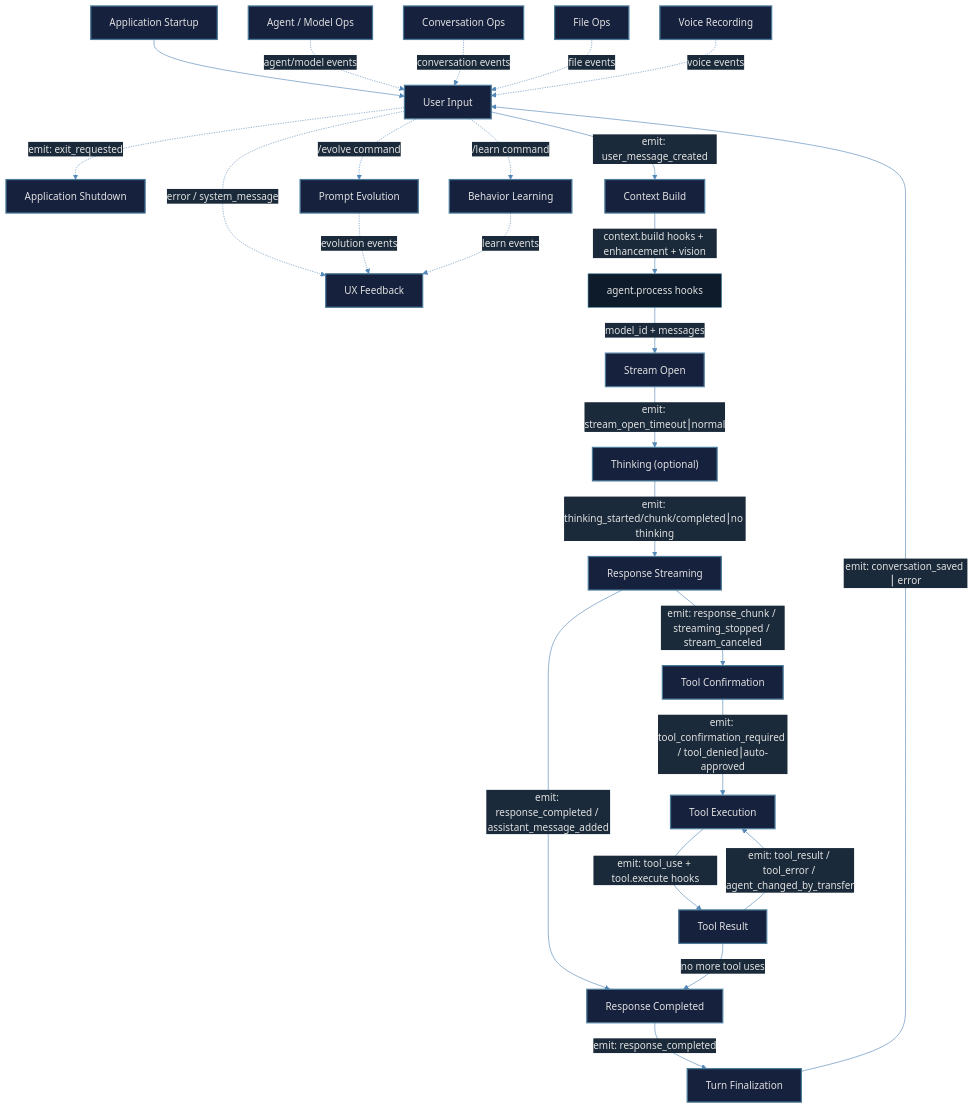
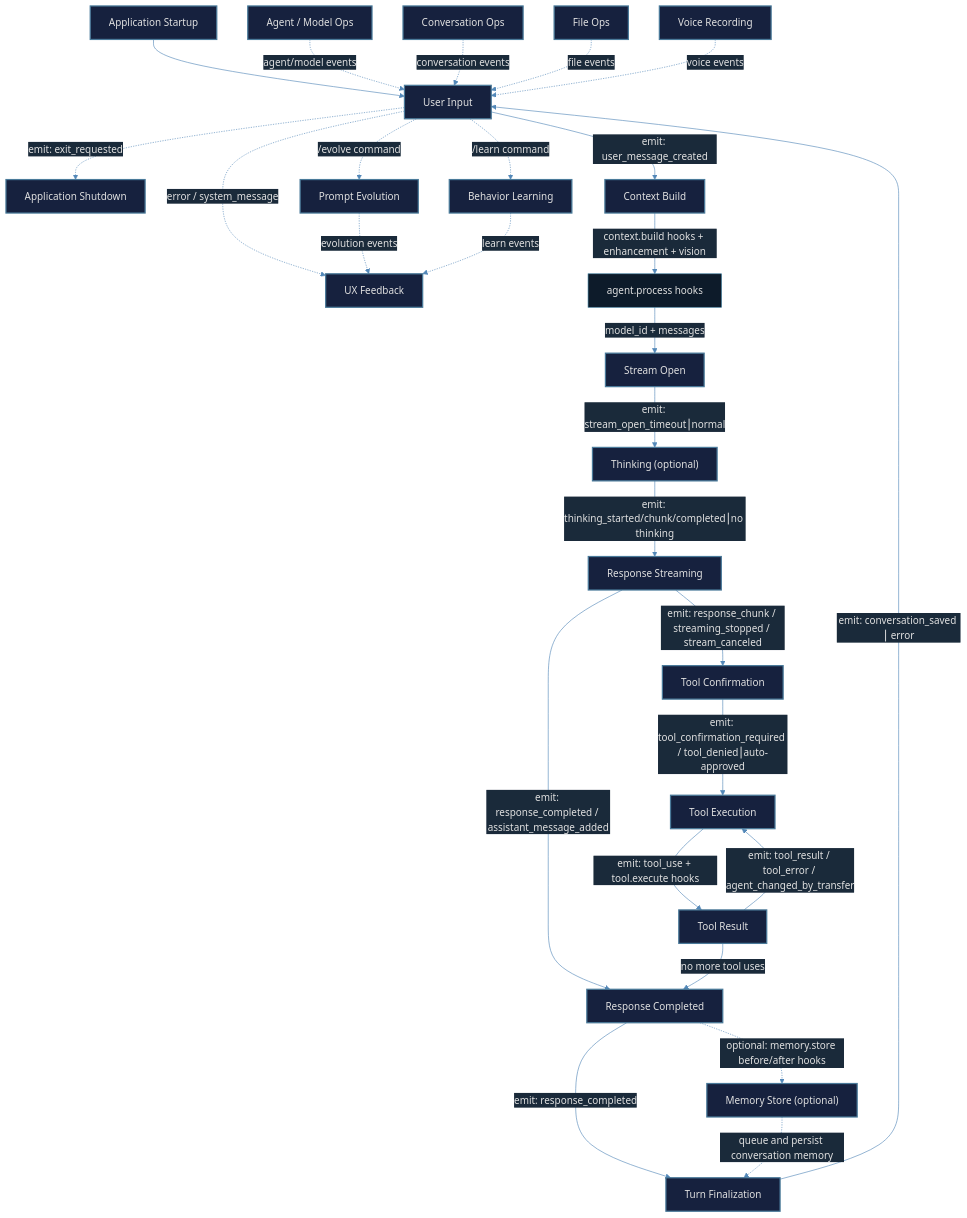
The diagram in GUIDE_WORKFLOWS.md (saigontechnology/AgentCrew), drawn with Mermaid before and after one commit. The commit also changed other lines of this file and 7 other files, not shown here.

Commit message:
feat(hooks): wired memory.store hook point

````diff
--- a/GUIDE_WORKFLOWS.md
+++ b/GUIDE_WORKFLOWS.md
@@ -528,59 +528,62 @@
 ```mermaid
 %%{init: {'theme': 'base', 'themeVariables': {
   'primaryColor': '#0d1b2a',
   'primaryTextColor': '#e0e0e0',
   'lineColor': '#5388b8',
   'primaryBorderColor': '#3a7a9a',
   'secondaryColor': '#1a2a3a',
   'tertiaryColor': '#1a3a2a'
 }}}%%
 
 flowchart TD
     STARTUP["Application Startup"]:::phase
     SHUTDOWN["Application Shutdown"]:::phase
     USER_INPUT["User Input"]:::phase
     CONTEXT_BUILD["Context Build"]:::phase
     STREAM_OPEN["Stream Open"]:::phase
     THINKING["Thinking (optional)"]:::phase
     RESPONSE_STREAM["Response Streaming"]:::phase
     TOOL_CONFIRM["Tool Confirmation"]:::phase
     TOOL_EXEC["Tool Execution"]:::phase
     TOOL_RESULT_PHASE["Tool Result"]:::phase
     RESPONSE_DONE["Response Completed"]:::phase
+    MEMORY_STORE["Memory Store (optional)"]:::phase
     TURN_FINALIZE["Turn Finalization"]:::phase
     AGENT_OPS["Agent / Model Ops"]:::phase
     CONV_OPS["Conversation Ops"]:::phase
     FILE_OPS["File Ops"]:::phase
     EVOLUTION["Prompt Evolution"]:::phase
     LEARNING["Behavior Learning"]:::phase
     VOICE["Voice Recording"]:::phase
     UX_FEEDBACK["UX Feedback"]:::phase
 
     STARTUP --> USER_INPUT
     USER_INPUT -->|"emit: user_message_created"| CONTEXT_BUILD
     CONTEXT_BUILD -->|"context.build hooks + enhancement + vision"| AGENT_PROCESS
     AGENT_PROCESS["agent.process hooks"] -->|"model_id + messages"| STREAM_OPEN
     STREAM_OPEN -->|"emit: stream_open_timeout⎮normal"| THINKING
     THINKING -->|"emit: thinking_started/chunk/completed⎮no thinking"| RESPONSE_STREAM
     RESPONSE_STREAM -->|"emit: response_chunk / streaming_stopped / stream_canceled"| TOOL_CONFIRM
     RESPONSE_STREAM -->|"emit: response_completed / assistant_message_added"| RESPONSE_DONE
     TOOL_CONFIRM -->|"emit: tool_confirmation_required / tool_denied⎮auto-approved"| TOOL_EXEC
     TOOL_EXEC -->|"emit: tool_use + tool.execute hooks"| TOOL_RESULT_PHASE
     TOOL_RESULT_PHASE -->|"emit: tool_result / tool_error / agent_changed_by_transfer"| TOOL_EXEC
     TOOL_RESULT_PHASE -->|"no more tool uses"| RESPONSE_DONE
     RESPONSE_DONE -->|"emit: response_completed"| TURN_FINALIZE
+    RESPONSE_DONE -.->|"optional: memory.store before/after hooks"| MEMORY_STORE
+    MEMORY_STORE -.->|"queue and persist conversation memory"| TURN_FINALIZE
     TURN_FINALIZE -->|"emit: conversation_saved ⎮ error"| USER_INPUT
 
     AGENT_OPS -.->|"agent/model events"| USER_INPUT
     CONV_OPS -.->|"conversation events"| USER_INPUT
     FILE_OPS -.->|"file events"| USER_INPUT
     USER_INPUT -.->|"/evolve command"| EVOLUTION
     USER_INPUT -.->|"/learn command"| LEARNING
     USER_INPUT -.->|"error / system_message"| UX_FEEDBACK
     EVOLUTION -.->|"evolution events"| UX_FEEDBACK
     LEARNING -.->|"learn events"| UX_FEEDBACK
     USER_INPUT -.->|"emit: exit_requested"| SHUTDOWN
     VOICE -.->|"voice events"| USER_INPUT
 
     classDef phase fill:#16213e,stroke:#4a7a9a,color:#e0e0e0,stroke-width:2px;
 ```
````
